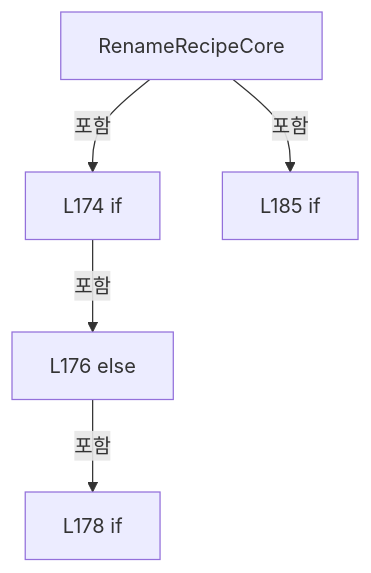
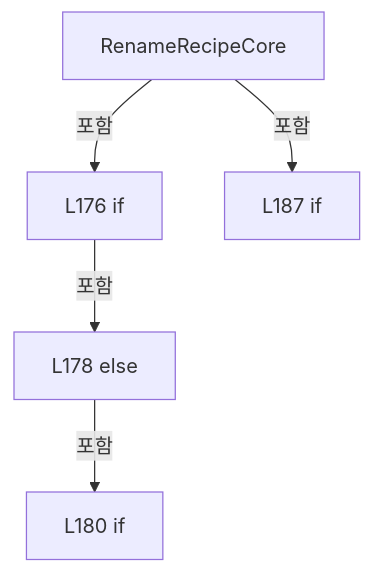
One commit to kjuws10-rgb/Shared changed the ninth of 18 diagrams in A3 LD Code Ref/files/Drilling.Common/Managers/CRecipeManager.cs.md. Above: the diagram before and after it, drawn with Mermaid. The commit also changed other lines of this file and 2071 other files, not shown here.

Commit message:
docs(a3): update 11.19.0 architecture and code reference

````diff
--- a/A3 LD Code Ref/files/Drilling.Common/Managers/CRecipeManager.cs.md
+++ b/A3 LD Code Ref/files/Drilling.Common/Managers/CRecipeManager.cs.md
@@ -1325,12 +1326,12 @@
 ```mermaid
 flowchart TD
  M["RenameRecipeCore"]
- N0["L174 if"]
+ N0["L176 if"]
  M -->|포함| N0
- N1["L176 else"]
+ N1["L178 else"]
  N0 -->|포함| N1
- N2["L178 if"]
+ N2["L180 if"]
  N1 -->|포함| N2
- N3["L185 if"]
+ N3["L187 if"]
  M -->|포함| N3
 ```
````
